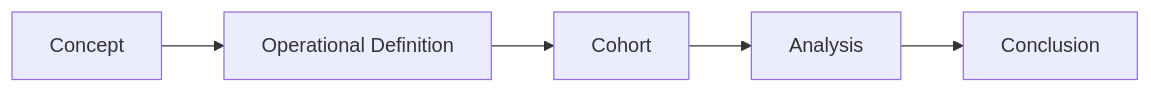
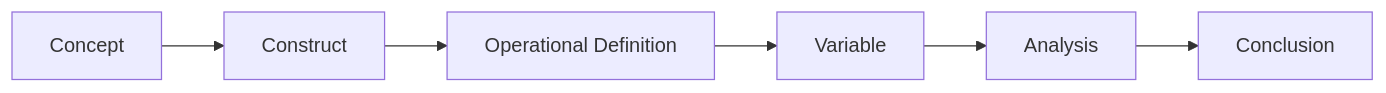
Before and after one commit to wellsa1-uthscsa/pert-field-guide: the diagram in chapters/02_Defining_What_You_Are_Studying.md, drawn with Mermaid. The commit also changed other lines of this file and 1 other file, not shown here.

````diff
--- a/chapters/02_Defining_What_You_Are_Studying.md
+++ b/chapters/02_Defining_What_You_Are_Studying.md
@@ -404,12 +359,14 @@
 ```mermaid
 flowchart LR
 
 A[Concept]
---> B[Operational Definition]
+--> B[Construct]
 
-B --> C[Cohort]
+B --> C[Operational Definition]
 
-C --> D[Analysis]
+C --> D[Variable]
 
-D --> E[Conclusion]
+D --> E[Analysis]
+
+E --> F[Conclusion]
 ```
````
